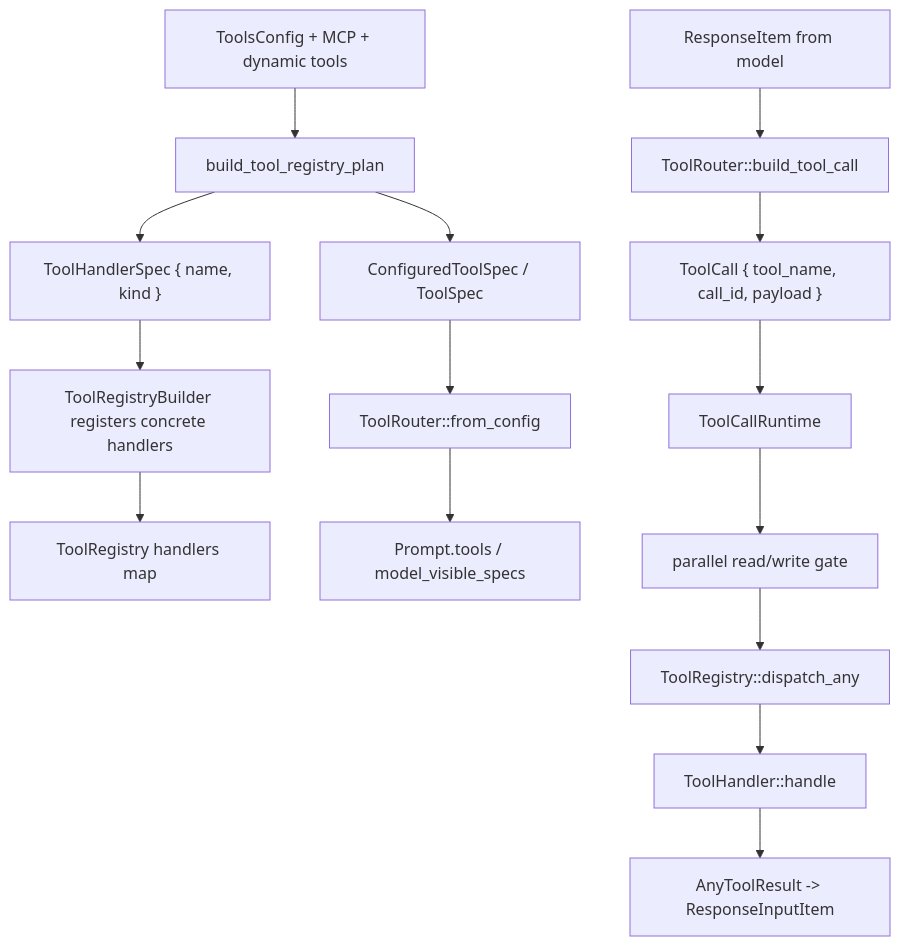
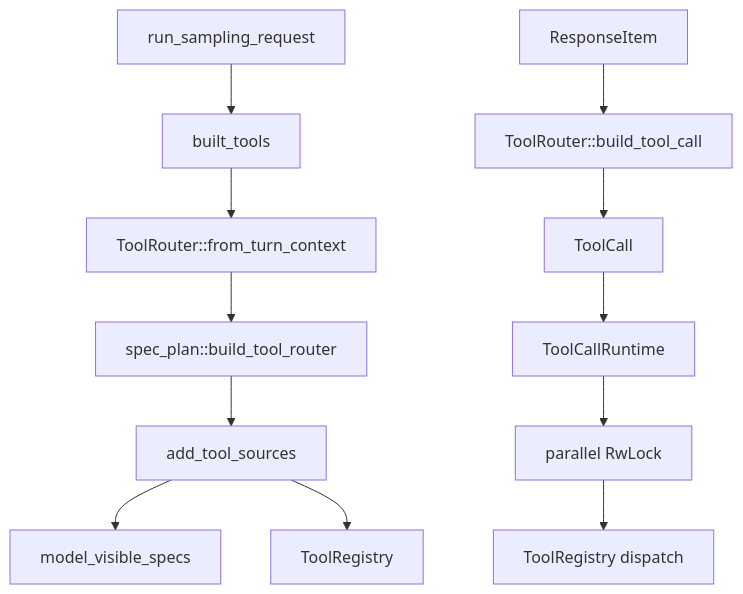
Before and after one commit to wdnmdtonyma/SOTA-Agent-LLM-Wiki: the diagram in docs/llm-wiki/codex/spine/tool-call-anatomy.md, drawn with Mermaid. The commit also changed other lines of this file and 188 other files, not shown here.

````diff
--- a/docs/llm-wiki/codex/spine/tool-call-anatomy.md
+++ b/docs/llm-wiki/codex/spine/tool-call-anatomy.md
@@ -24,17 +24,14 @@
 ```mermaid
 flowchart TD
-    CONFIG["ToolsConfig + MCP + dynamic tools"] --> PLAN["build_tool_registry_plan"]
-    PLAN --> SPECS["ConfiguredToolSpec / ToolSpec"]
-    PLAN --> HANDLERPLAN["ToolHandlerSpec { name, kind }"]
-    SPECS --> ROUTER["ToolRouter::from_config"]
-    HANDLERPLAN --> BUILDER["ToolRegistryBuilder registers concrete handlers"]
-    BUILDER --> REGISTRY["ToolRegistry handlers map"]
-    ROUTER --> PROMPT["Prompt.tools / model_visible_specs"]
-    MODELITEM["ResponseItem from model"] --> BUILDCALL["ToolRouter::build_tool_call"]
-    BUILDCALL --> CALL["ToolCall { tool_name, call_id, payload }"]
+    TURN["run_sampling_request"] --> BUILT["built_tools"]
+    BUILT --> ROUTERCTX["ToolRouter::from_turn_context"]
+    ROUTERCTX --> SPECPLAN["spec_plan::build_tool_router"]
+    SPECPLAN --> SOURCES["add_tool_sources"]
+    SOURCES --> SPECS["model_visible_specs"]
+    SOURCES --> REGISTRY["ToolRegistry"]
+    MODEL["ResponseItem"] --> BUILDCALL["ToolRouter::build_tool_call"]
+    BUILDCALL --> CALL["ToolCall"]
     CALL --> RUNTIME["ToolCallRuntime"]
-    RUNTIME --> LOCK["parallel read/write gate"]
-    LOCK --> DISPATCH["ToolRegistry::dispatch_any"]
-    DISPATCH --> HANDLER["ToolHandler::handle"]
-    HANDLER --> OUTPUT["AnyToolResult -> ResponseInputItem"]
+    RUNTIME --> GATE["parallel RwLock"]
+    GATE --> DISPATCH["ToolRegistry dispatch"]
 ```
````
